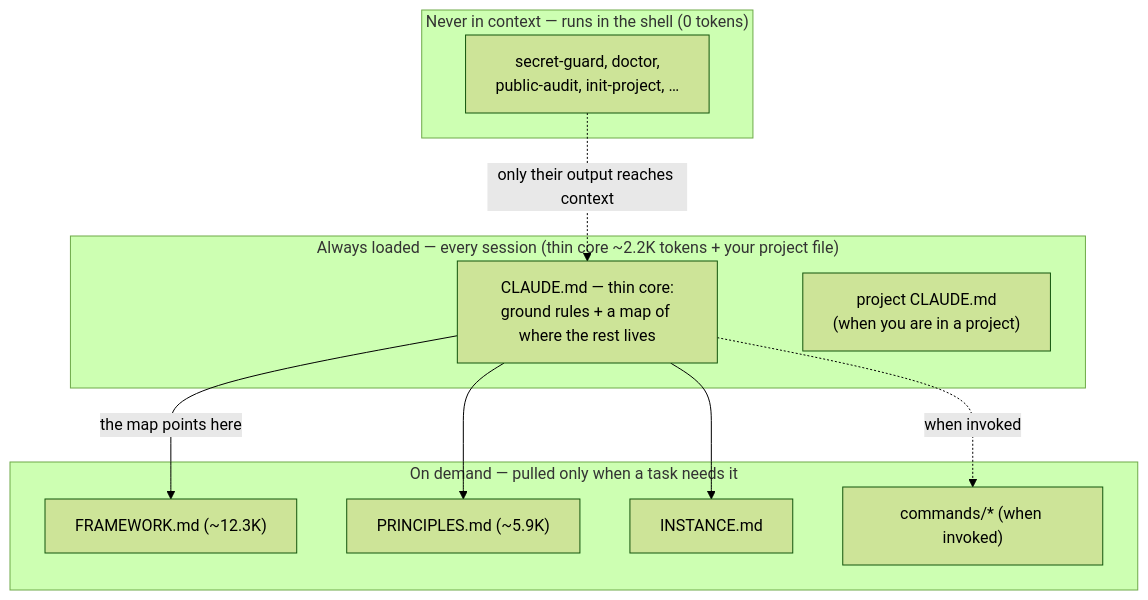
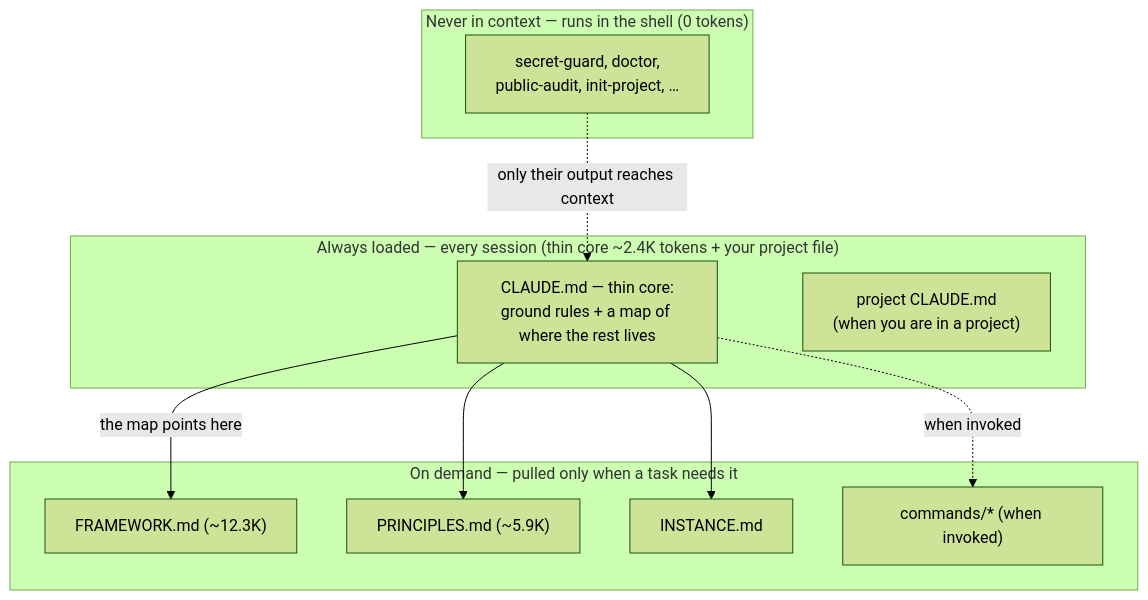
Before and after one commit to rockerlabs/keel: the diagram in README.md, drawn with Mermaid (forest theme). The commit also changed other lines of this file and 6 other files, not shown here.

````diff
--- a/README.md
+++ b/README.md
@@ -121,21 +121,21 @@
 ```mermaid
 flowchart TD
-    subgraph always["Always loaded — every session (thin core ~2.2K tokens + your project file)"]
+    subgraph always["Always loaded — every session (thin core ~2.4K tokens + your project file)"]
         core["CLAUDE.md — thin core:<br/>ground rules + a map of where the rest lives"]
         proj["project CLAUDE.md<br/>(when you are in a project)"]
     end
     subgraph demand["On demand — pulled only when a task needs it"]
         fw["FRAMEWORK.md (~12.3K)"]
         prin["PRINCIPLES.md (~5.9K)"]
         inst["INSTANCE.md"]
         cmd["commands/* (when invoked)"]
     end
     subgraph never["Never in context — runs in the shell (0 tokens)"]
         tools["secret-guard, doctor,<br/>public-audit, init-project, …"]
     end
     core -->|the map points here| fw
     core --> prin
     core --> inst
     core -.->|when invoked| cmd
     tools -.->|only their output reaches context| core
 ```
````
